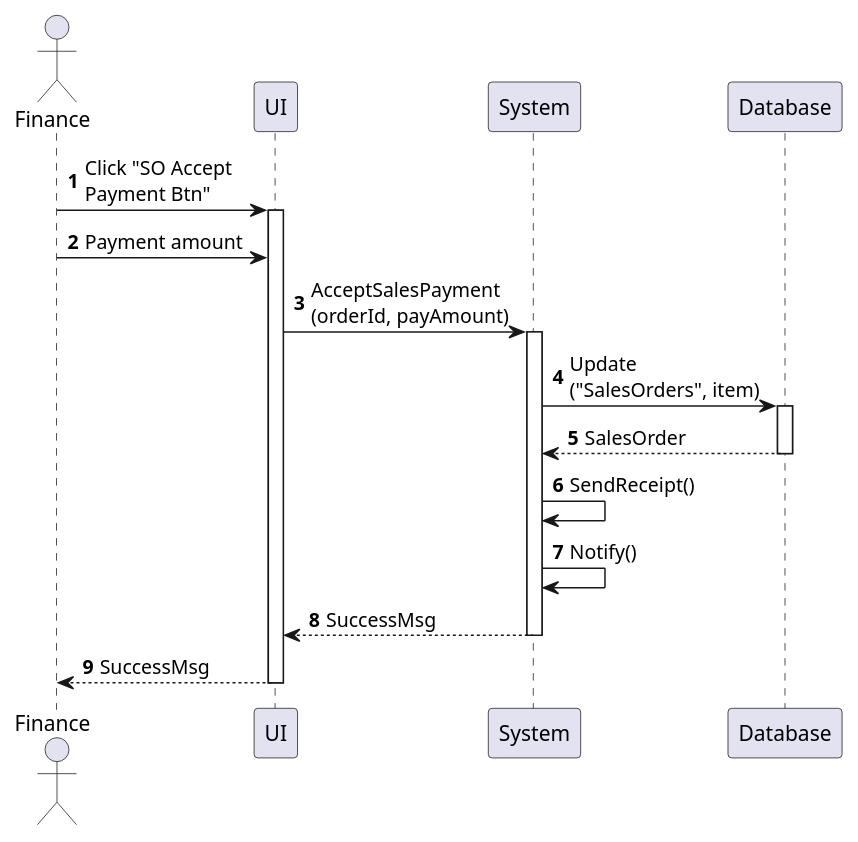
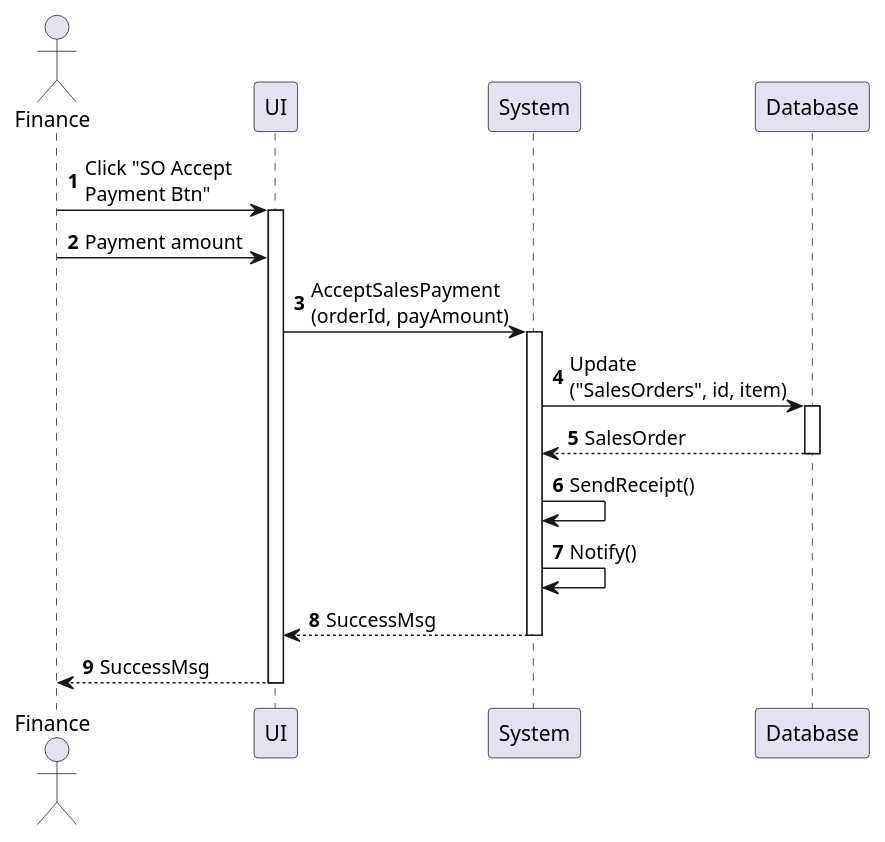
One commit to phihungha/scmss-reqs changed the diagram in sequences/sales-order-accept-payment.plantuml. Above: the diagram before and after it, drawn with PlantUML. The commit also changed 41 other files, not shown here.

```diff
--- a/sequences/sales-order-accept-payment.plantuml
+++ b/sequences/sales-order-accept-payment.plantuml
@@ -1,21 +1,21 @@
 @startuml sales-order-accept-payment
 autonumber
 
 actor "Finance" as a
 participant UI as f
 participant System as b
 participant Database as d
 
 a -> f : Click "SO Accept\nPayment Btn"
 activate f
 a -> f : Payment amount
 f -> b : AcceptSalesPayment\n(orderId, payAmount)
 activate b
-b -> d : Update\n("SalesOrders", item)
+b -> d : Update\n("SalesOrders", id, item)
 activate d
 return SalesOrder
 b -> b : SendReceipt()
 b -> b : Notify()
 return SuccessMsg
 return SuccessMsg
 @enduml
```
